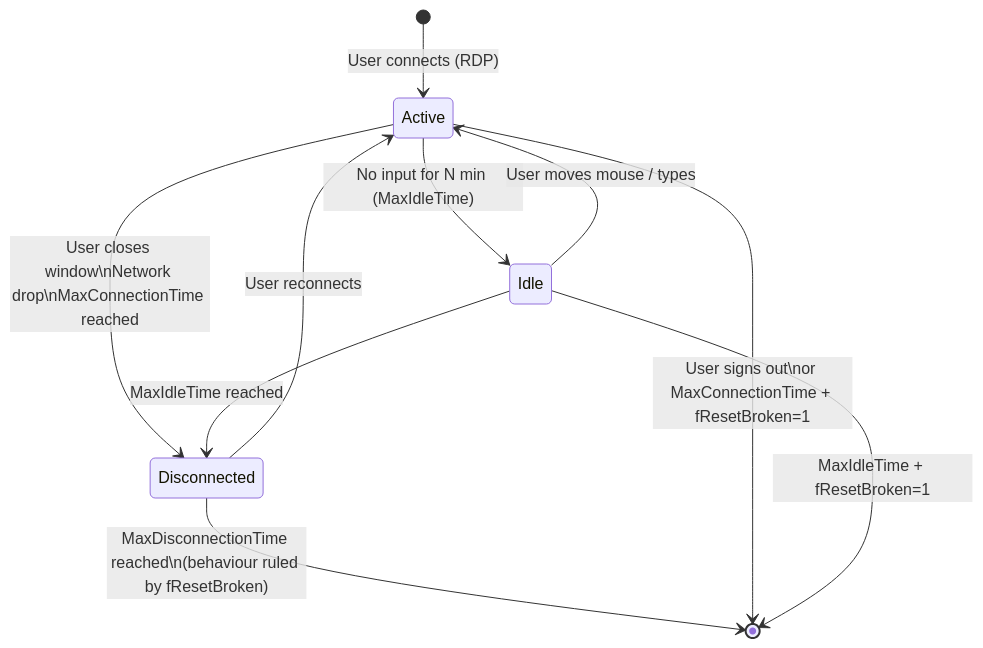
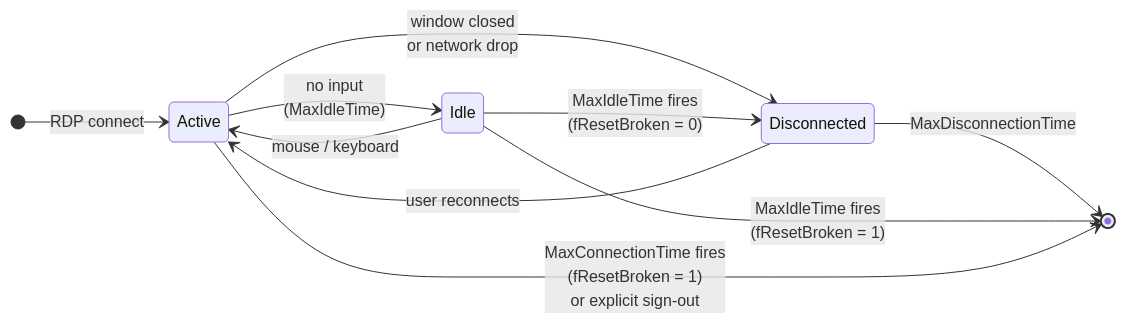
Before and after one commit to 0xMati/Tech-Blog: the diagram in 110 - Platform/Windows Server/Concepts/Basics of Remote Desktop Session Time Limits on Windows Server.md, drawn with Mermaid. The commit also changed other lines of this file, not shown here.

Commit message:
Update Basics of Remote Desktop Session Time Limits on Windows Server.md

````diff
--- a/110 - Platform/Windows Server/Concepts/Basics of Remote Desktop Session Time Limits on Windows Server.md
+++ b/110 - Platform/Windows Server/Concepts/Basics of Remote Desktop Session Time Limits on Windows Server.md
@@ -34,12 +34,13 @@
 ```mermaid
 stateDiagram-v2
-    [*] --> Active : User connects (RDP)
-    Active --> Idle : No input for N min (MaxIdleTime)
-    Idle --> Active : User moves mouse / types
-    Active --> Disconnected : User closes window\nNetwork drop\nMaxConnectionTime reached
-    Idle --> Disconnected : MaxIdleTime reached
-    Disconnected --> Active : User reconnects
-    Disconnected --> [*] : MaxDisconnectionTime reached\n(behaviour ruled by fResetBroken)
-    Active --> [*] : User signs out\nor MaxConnectionTime + fResetBroken=1
-    Idle --> [*] : MaxIdleTime + fResetBroken=1
+    direction LR
+    [*] --> Active : RDP connect
+    Active --> Idle : no input<br/>(MaxIdleTime)
+    Idle --> Active : mouse / keyboard
+    Active --> Disconnected : window closed<br/>or network drop
+    Idle --> Disconnected : MaxIdleTime fires<br/>(fResetBroken = 0)
+    Disconnected --> Active : user reconnects
+    Disconnected --> [*] : MaxDisconnectionTime
+    Idle --> [*] : MaxIdleTime fires<br/>(fResetBroken = 1)
+    Active --> [*] : MaxConnectionTime fires<br/>(fResetBroken = 1)<br/>or explicit sign-out
 ```
````
